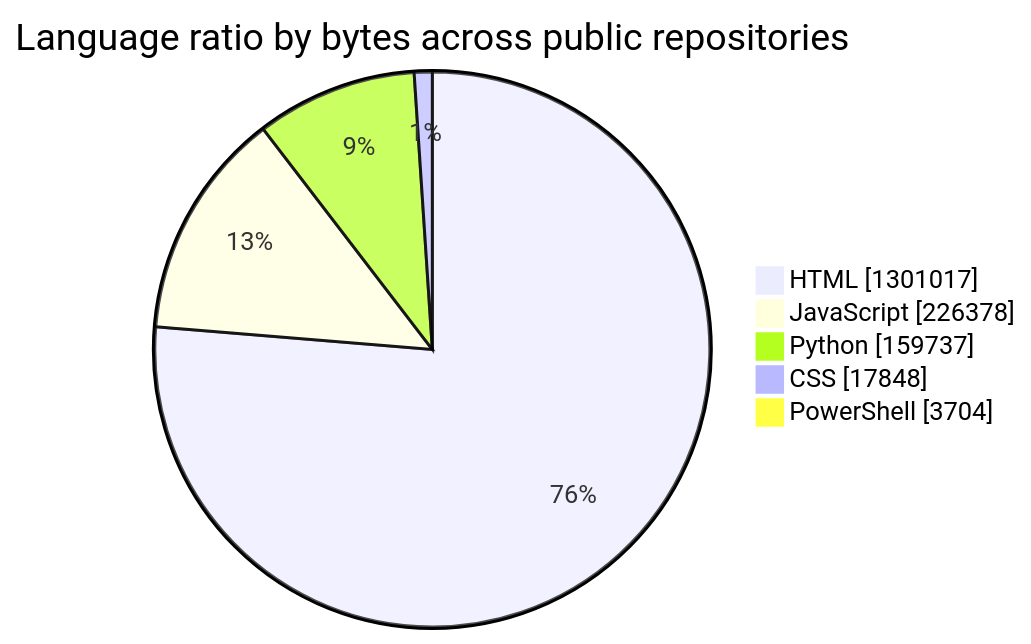
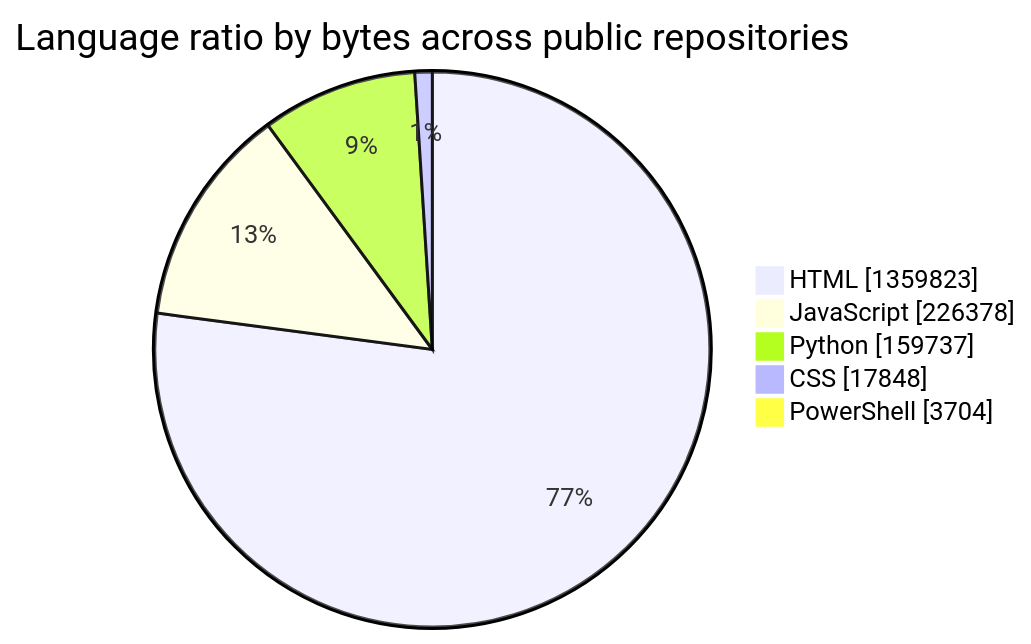
The first of 2 diagrams in README.md (tchinso/tchinso), drawn with Mermaid before and after one commit. The commit also changed other lines of this file, not shown here.

````diff
--- a/README.md
+++ b/README.md
@@ -21,9 +21,9 @@
 ```mermaid
 pie showData
     title Language ratio by bytes across public repositories
-    "HTML" : 1301017
+    "HTML" : 1359823
     "JavaScript" : 226378
     "Python" : 159737
     "CSS" : 17848
     "PowerShell" : 3704
 ```
````
